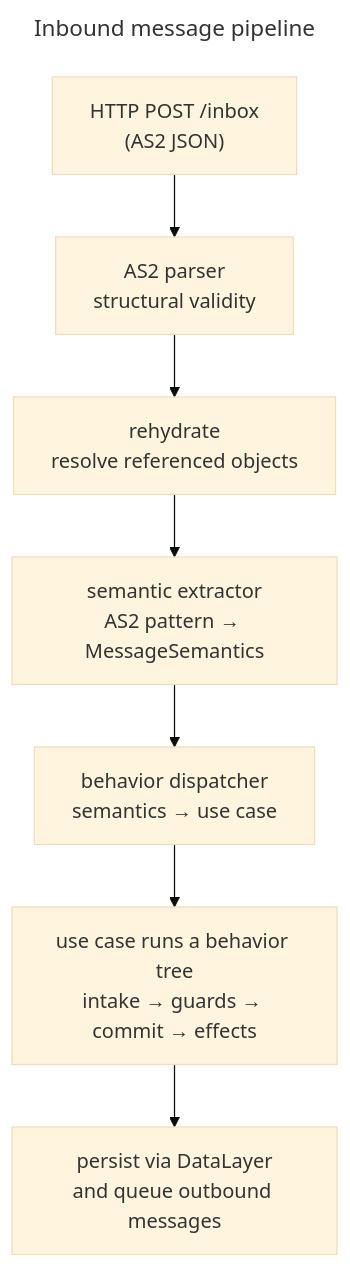
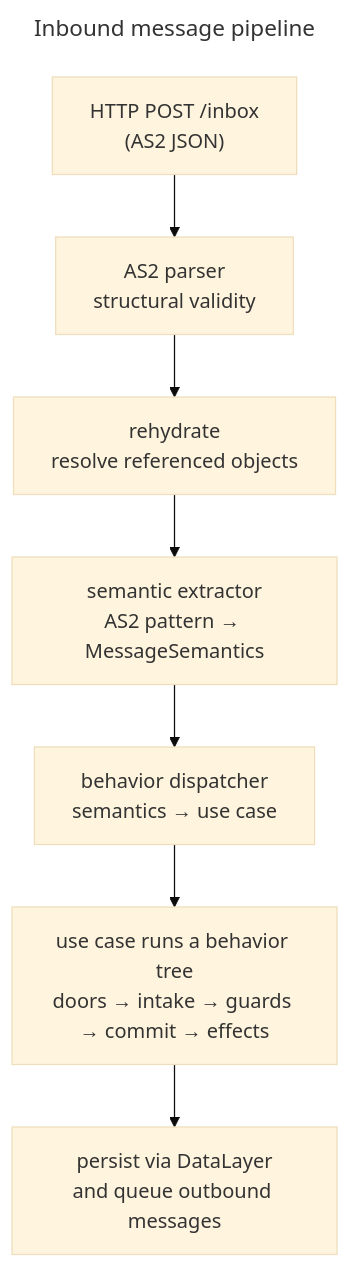
Before and after one commit to CERTCC/Vultron: the diagram in docs/topics/reference_architecture.md, drawn with Mermaid (base theme). The commit also changed other lines of this file and 93 other files, not shown here.

````diff
--- a/docs/topics/reference_architecture.md
+++ b/docs/topics/reference_architecture.md
@@ -63,20 +63,20 @@
 ```mermaid
 ---
 title: Inbound message pipeline
 ---
 flowchart TD
     http["HTTP POST /inbox<br/>(AS2 JSON)"]
     parse["AS2 parser<br/>structural validity"]
     rehydrate["rehydrate<br/>resolve referenced objects"]
     extract["semantic extractor<br/>AS2 pattern → MessageSemantics"]
     dispatch["behavior dispatcher<br/>semantics → use case"]
-    bt["use case runs a behavior tree<br/>intake → guards → commit → effects"]
+    bt["use case runs a behavior tree<br/>doors → intake → guards → commit → effects"]
     persist["persist via DataLayer<br/>and queue outbound messages"]
 
     http --> parse
     parse --> rehydrate
     rehydrate --> extract
     extract --> dispatch
     dispatch --> bt
     bt --> persist
 ```
````
